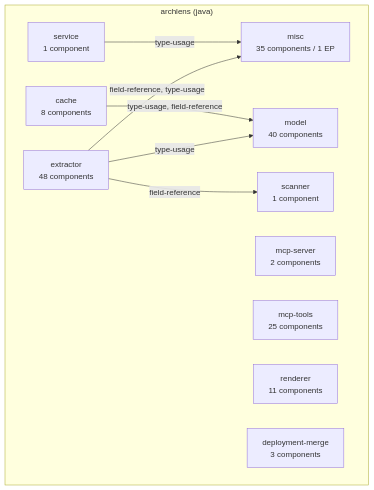
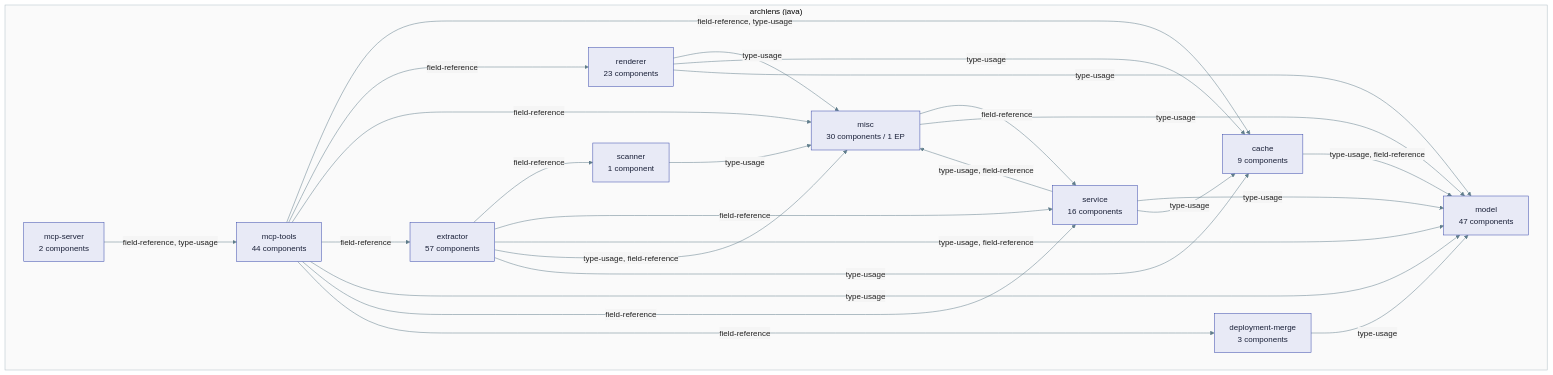
Before and after one commit to DerPate/archlens: the fifth of 7 diagrams in docs/ARCHITECTURE.md, drawn with Mermaid. The commit also changed other lines of this file and 2 other files, not shown here.

First line of the commit message:
test: verify pre/post-JStachio renderer output parity, regenerate docs

````diff
--- a/docs/ARCHITECTURE.md
+++ b/docs/ARCHITECTURE.md
@@ -661,20 +3262,51 @@
 ```mermaid
+%%{init: {"theme": "base", "themeVariables": {"primaryColor": "#f5f5f5", "primaryBorderColor": "#9e9e9e", "primaryTextColor": "#212121", "lineColor": "#607d8b", "clusterBkg": "#fafafa", "clusterBorder": "#b0bec5"}}}%%
 flowchart TD
     subgraph archlens ["archlens (java)"]
-        container_archlens_misc["misc\n35 components / 1 EP"]
+        container_archlens_misc["misc\n30 components / 1 EP"]
         container_archlens_mcp_server["mcp-server\n2 components"]
         container_archlens_scanner["scanner\n1 component"]
-        container_archlens_mcp_tools["mcp-tools\n25 components"]
-        container_archlens_extractor["extractor\n48 components"]
-        container_archlens_service["service\n1 component"]
-        container_archlens_model["model\n40 components"]
-        container_archlens_renderer["renderer\n11 components"]
+        container_archlens_mcp_tools["mcp-tools\n44 components"]
+        container_archlens_extractor["extractor\n57 components"]
+        container_archlens_service["service\n16 components"]
+        container_archlens_model["model\n47 components"]
+        container_archlens_renderer["renderer\n23 components"]
         container_archlens_deployment_merge["deployment-merge\n3 components"]
-        container_archlens_cache["cache\n8 components"]
+        container_archlens_cache["cache\n9 components"]
     end
+    container_archlens_service -->|type-usage, field-reference| container_archlens_misc
     container_archlens_cache -->|type-usage, field-reference| container_archlens_model
-    container_archlens_service -->|type-usage| container_archlens_misc
     container_archlens_extractor -->|field-reference| container_archlens_scanner
-    container_archlens_extractor -->|field-reference, type-usage| container_archlens_misc
-    container_archlens_extractor -->|type-usage| container_archlens_model
+    container_archlens_extractor -->|field-reference| container_archlens_service
+    container_archlens_extractor -->|type-usage, field-reference| container_archlens_model
+    container_archlens_extractor -->|type-usage, field-reference| container_archlens_misc
+    container_archlens_extractor -->|type-usage| container_archlens_cache
+    container_archlens_misc -->|field-reference| container_archlens_service
+    container_archlens_service -->|type-usage| container_archlens_model
+    container_archlens_service -->|type-usage| container_archlens_cache
+    container_archlens_mcp_server -->|field-reference, type-usage| container_archlens_mcp_tools
+    container_archlens_mcp_tools -->|field-reference, type-usage| container_archlens_cache
+    container_archlens_mcp_tools -->|field-reference| container_archlens_renderer
+    container_archlens_mcp_tools -->|field-reference| container_archlens_misc
+    container_archlens_mcp_tools -->|field-reference| container_archlens_extractor
+    container_archlens_mcp_tools -->|type-usage| container_archlens_model
+    container_archlens_mcp_tools -->|field-reference| container_archlens_service
+    container_archlens_mcp_tools -->|field-reference| container_archlens_deployment_merge
+    container_archlens_deployment_merge -->|type-usage| container_archlens_model
+    container_archlens_renderer -->|type-usage| container_archlens_misc
+    container_archlens_renderer -->|type-usage| container_archlens_cache
+    container_archlens_renderer -->|type-usage| container_archlens_model
+    container_archlens_scanner -->|type-usage| container_archlens_misc
+    container_archlens_misc -->|type-usage| container_archlens_model
+    classDef container fill:#e8eaf6,stroke:#3949ab,color:#1a2038
+    class container_archlens_misc container
+    class container_archlens_mcp_server container
+    class container_archlens_scanner container
+    class container_archlens_mcp_tools container
+    class container_archlens_extractor container
+    class container_archlens_service container
+    class container_archlens_model container
+    class container_archlens_renderer container
+    class container_archlens_deployment_merge container
+    class container_archlens_cache container
 ```
````
